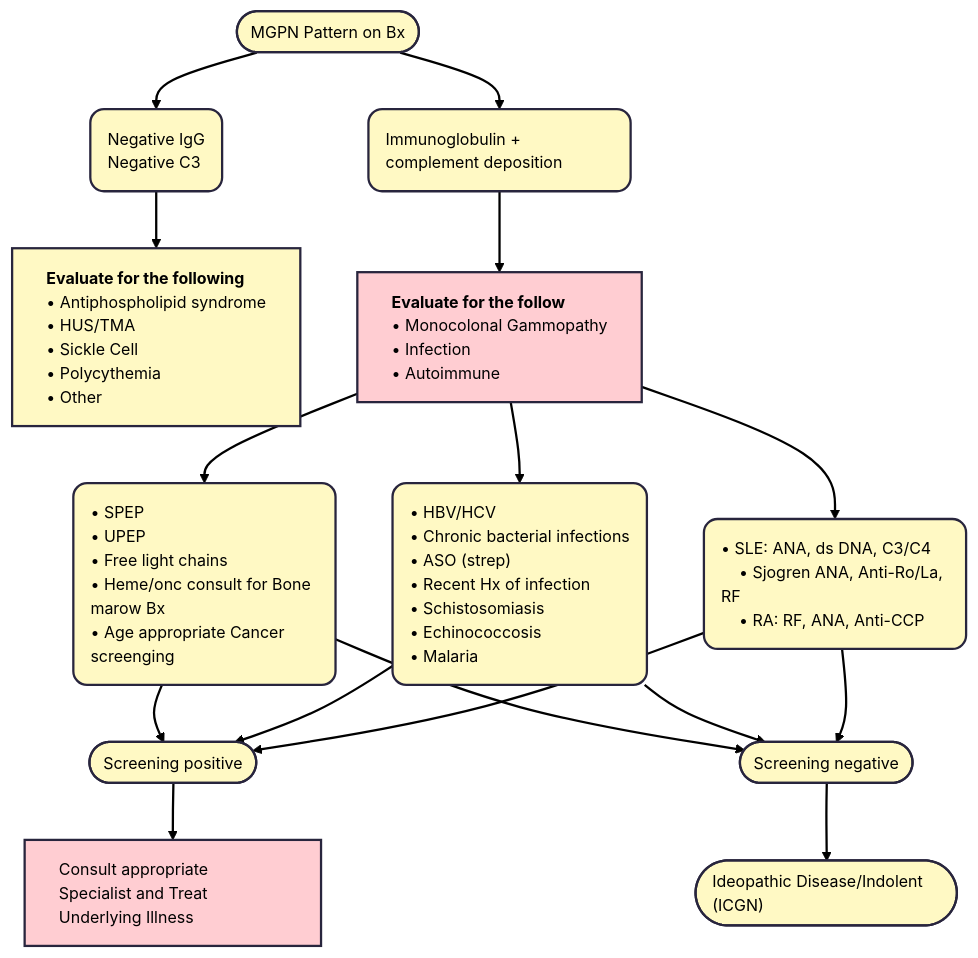
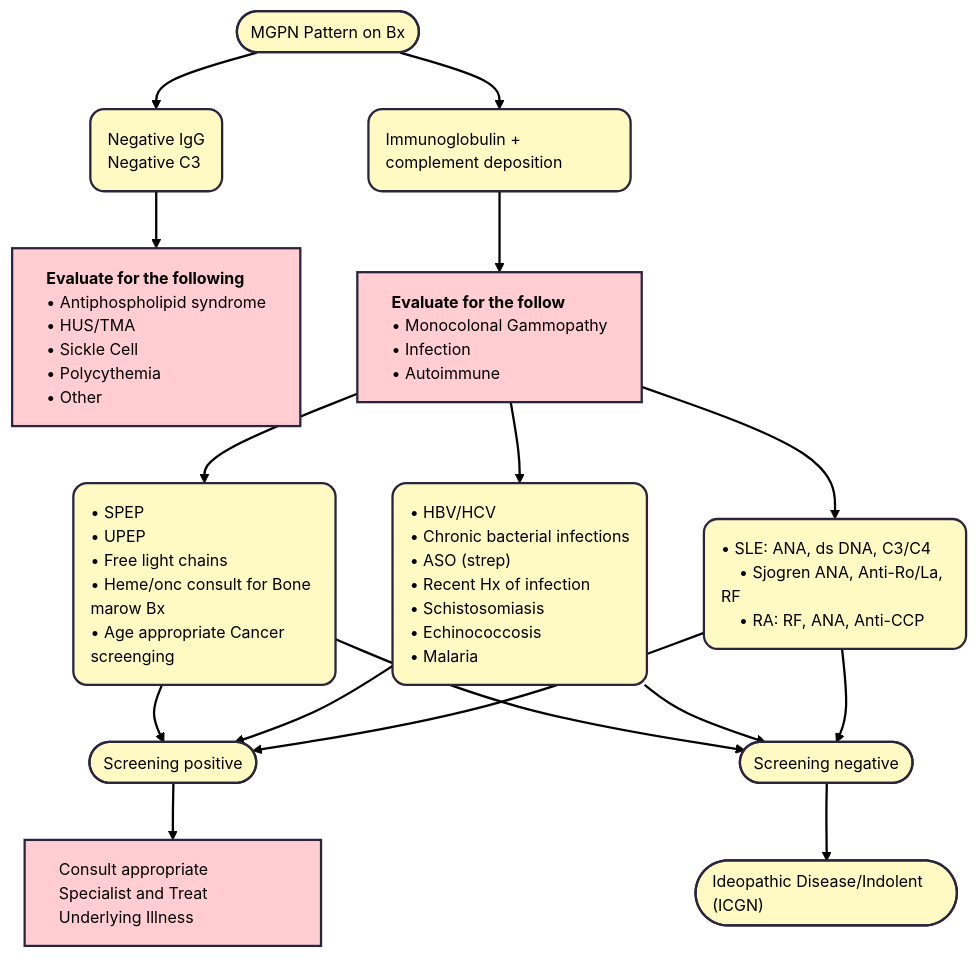
One commit to TTUNEPH2025/GN changed the second of 4 diagrams in docs/MPGN-C3GN.md. Above: the diagram before and after it, drawn with Mermaid.

````diff
--- a/docs/MPGN-C3GN.md
+++ b/docs/MPGN-C3GN.md
@@ -97,55 +97,55 @@
 ```mermaid
 ---
 config:
   theme: redux
 ---
 flowchart TB
     A(["MGPN Pattern on Bx"]) --> n1["Immunoglobulin + complement deposition"] & n3["Negative IgG
     Negative C3"]
     n3 --> n7["`**Evaluate for the following**
     • Antiphospholipid syndrome
     • HUS/TMA
     • Sickle Cell
     • Polycythemia
     • Other`"]
     n9["`**Evaluate for the follow**
     • Monocolonal Gammopathy
     • Infection
     • Autoimmune`"] --> n10["• SPEP
 • UPEP
 • Free light chains
 • Heme/onc consult for Bone marow Bx
 • Age appropriate Cancer screenging"] & n11["• HBV/HCV
 • Chronic bacterial infections
 • ASO (strep)
 • Recent Hx of infection
 • Schistosomiasis
 • Echinococcosis
 • Malaria"] & n12["• SLE: ANA, ds DNA, C3/C4
     • Sjogren ANA, Anti-Ro/La, RF
     • RA: RF, ANA, Anti-CCP"]
     n10 --> n17(["Screening positive"]) & n20(["Screening negative"])
     n11 --> n17 & n20
     n12 --> n17 & n20
     n17 --> n21["Consult appropriate Specialist and Treat Underlying Illness"]
     n20 --> n22(["Ideopathic Disease/Indolent (ICGN)"])
     n1 --> n9
 
     n1@{ shape: rounded}
     n3@{ shape: rounded}
     n10@{ shape: rounded}
     n11@{ shape: rounded}
     n12@{ shape: rounded}
     style A color:#000000,fill:#FFF9C4,text-align:left
     style n1 color:#000000,fill:#FFF9C4,text-align:left
     style n3 color:#000000,fill:#FFF9C4,text-align:left
-    style n7 color:#000000,fill:#FFF9C4,text-align:left
+    style n7 color:#000000,fill:#FFCDD2,text-align:left
     style n9 fill:#FFCDD2,color:#000000,text-align:left
     style n10 color:#000000,fill:#FFF9C4,text-align:left
     style n11 color:#000000,fill:#FFF9C4,text-align:left
     style n12 color:#000000,fill:#FFF9C4,text-align:left
     style n17 color:#000000,fill:#FFF9C4,text-align:left
     style n20 color:#000000,fill:#FFF9C4,text-align:left
     style n21 fill:#FFCDD2,color:#000000,text-align:left
     style n22 color:#000000,fill:#FFF9C4,text-align:left
 ```
````
